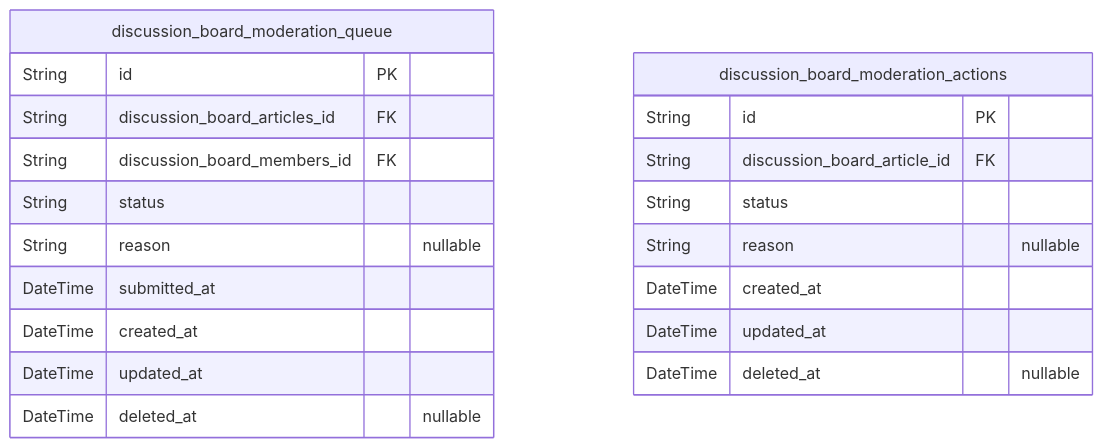
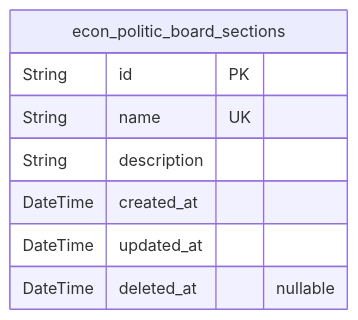
Before and after one commit to wrtnlabs/autobe-examples: the sixth of 6 diagrams in qwen/qwen3-30b-a3b-thinking-2507/bbs/docs/ERD.md, drawn with Mermaid. The commit also changed other lines of this file and 9391 other files, not shown here.

````diff
--- a/qwen/qwen3-30b-a3b-thinking-2507/bbs/docs/ERD.md
+++ b/qwen/qwen3-30b-a3b-thinking-2507/bbs/docs/ERD.md
@@ -483,23 +665,11 @@
 ```mermaid
 erDiagram
-"discussion_board_moderation_queue" {
+"econ_politic_board_sections" {
   String id PK
-  String discussion_board_articles_id FK
-  String discussion_board_members_id FK
-  String status
-  String reason "nullable"
-  DateTime submitted_at
-  DateTime created_at
-  DateTime updated_at
-  DateTime deleted_at "nullable"
-}
-"discussion_board_moderation_actions" {
-  String id PK
-  String discussion_board_article_id FK
-  String status
-  String reason "nullable"
+  String name UK
+  String description
   DateTime created_at
   DateTime updated_at
   DateTime deleted_at "nullable"
 }
 ```
````
